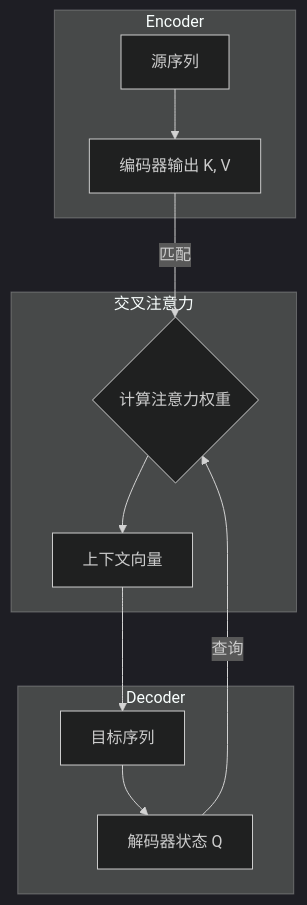
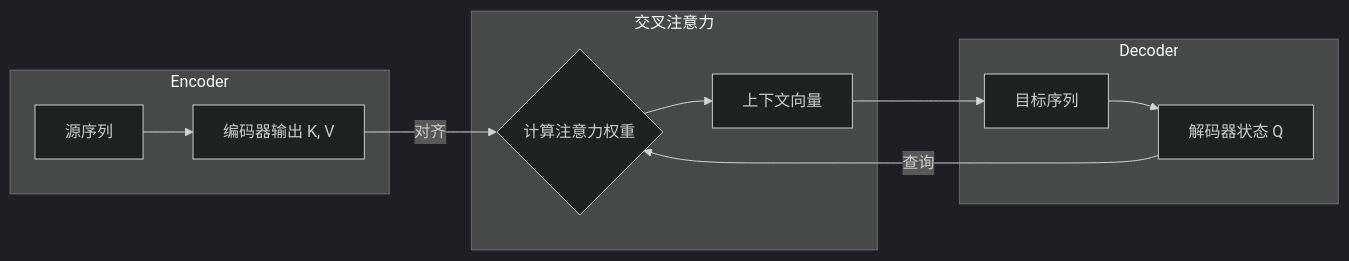
One commit to datawhalechina/base-nlp changed the first of 2 diagrams in docs/chapter4/12_transformer.md. Above: the diagram before and after it, drawn with Mermaid (dark theme). The commit also changed other lines of this file and 2 other files, not shown here.

````diff
--- a/docs/chapter4/12_transformer.md
+++ b/docs/chapter4/12_transformer.md
@@ -21,15 +21,15 @@
 ```mermaid
-graph TD
+graph LR
     subgraph Encoder
         A[源序列] --> B[编码器输出 K, V];
     end
     subgraph Decoder
         C[目标序列] --> D[解码器状态 Q];
     end
     subgraph "交叉注意力"
         D -- "查询" --> E{计算注意力权重};
-        B -- "匹配" --> E;
+        B -- "对齐" --> E;
         E --> F[上下文向量];
     end
     F --> C;
 ```
````
